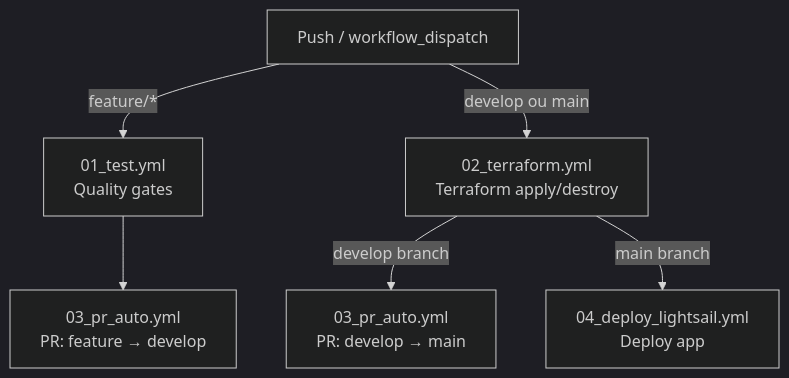
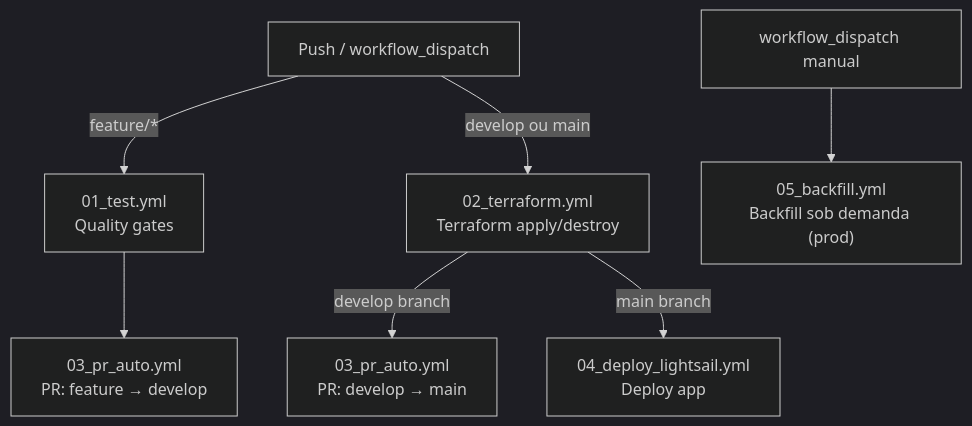
Before and after one commit to lucas-soares-galvao/movie-data-pipeline-aws: the diagram in .github/workflow.md, drawn with Mermaid (dark theme). The commit also changed other lines of this file and 26 other files, not shown here.

````diff
--- a/.github/workflow.md
+++ b/.github/workflow.md
@@ -16,11 +18,13 @@
 ```mermaid
 flowchart TD
     PUSH["Push / workflow_dispatch"]
 
     PUSH -->|feature/*| TEST["01_test.yml\nQuality gates"]
     PUSH -->|develop ou main| TF["02_terraform.yml\nTerraform apply/destroy"]
 
     TEST --> PR_FEAT["03_pr_auto.yml\nPR: feature → develop"]
     TF -->|develop branch| PR_ENV["03_pr_auto.yml\nPR: develop → main"]
     TF -->|main branch| DEPLOY["04_deploy_lightsail.yml\nDeploy app"]
+
+    MANUAL["workflow_dispatch manual"] --> BACKFILL["05_backfill.yml\nBackfill sob demanda (prod)"]
 ```
````
